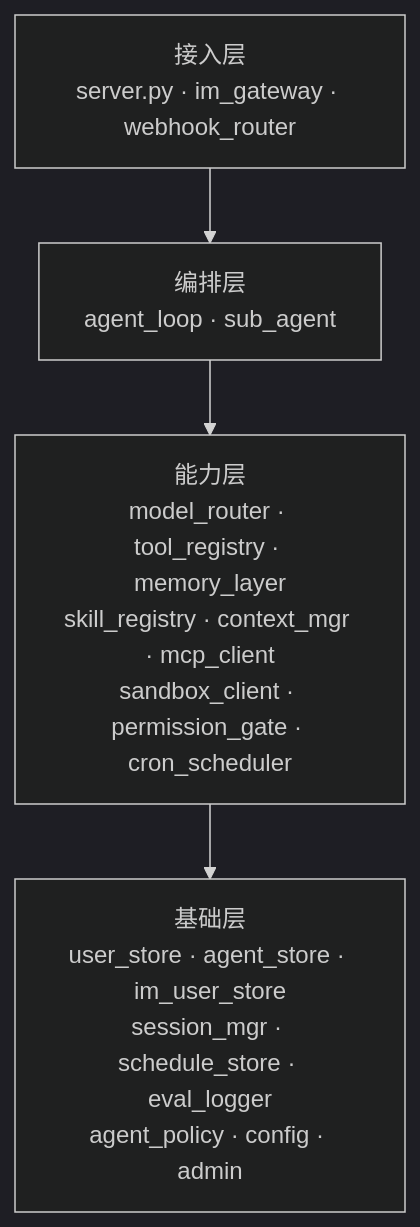
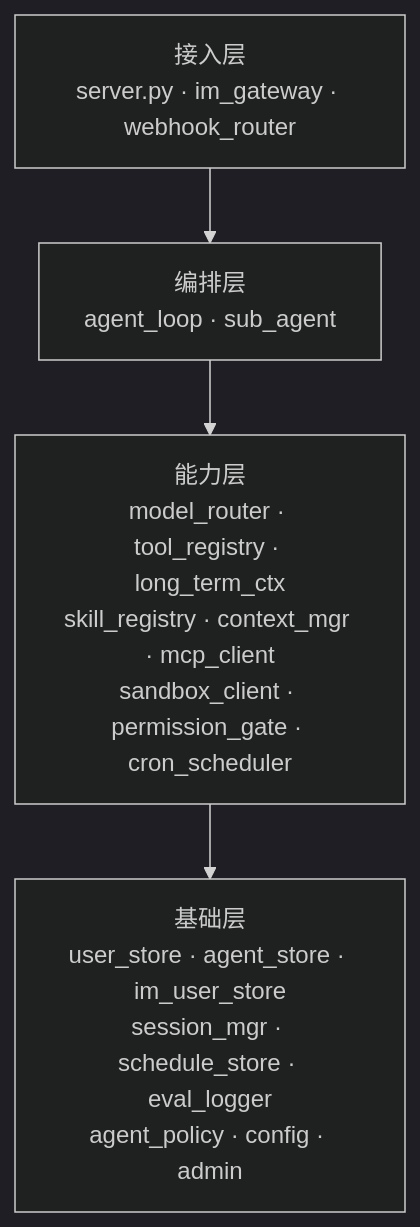
One commit to Summy2104/fleetent changed the first of 5 diagrams in docs/architecture.md. Above: the diagram before and after it, drawn with Mermaid (dark theme). The commit also changed other lines of this file, not shown here.

First line of the commit message:
docs(architecture): sync stale references from this session's changes

````diff
--- a/docs/architecture.md
+++ b/docs/architecture.md
@@ -17,9 +17,9 @@
 ```mermaid
 graph TD
     A["接入层\nserver.py · im_gateway · webhook_router"]
     B["编排层\nagent_loop · sub_agent"]
-    C["能力层\nmodel_router · tool_registry · memory_layer\nskill_registry · context_mgr · mcp_client\nsandbox_client · permission_gate · cron_scheduler"]
+    C["能力层\nmodel_router · tool_registry · long_term_ctx\nskill_registry · context_mgr · mcp_client\nsandbox_client · permission_gate · cron_scheduler"]
     D["基础层\nuser_store · agent_store · im_user_store\nsession_mgr · schedule_store · eval_logger\nagent_policy · config · admin"]
 
     A --> B --> C --> D
 ```
````
